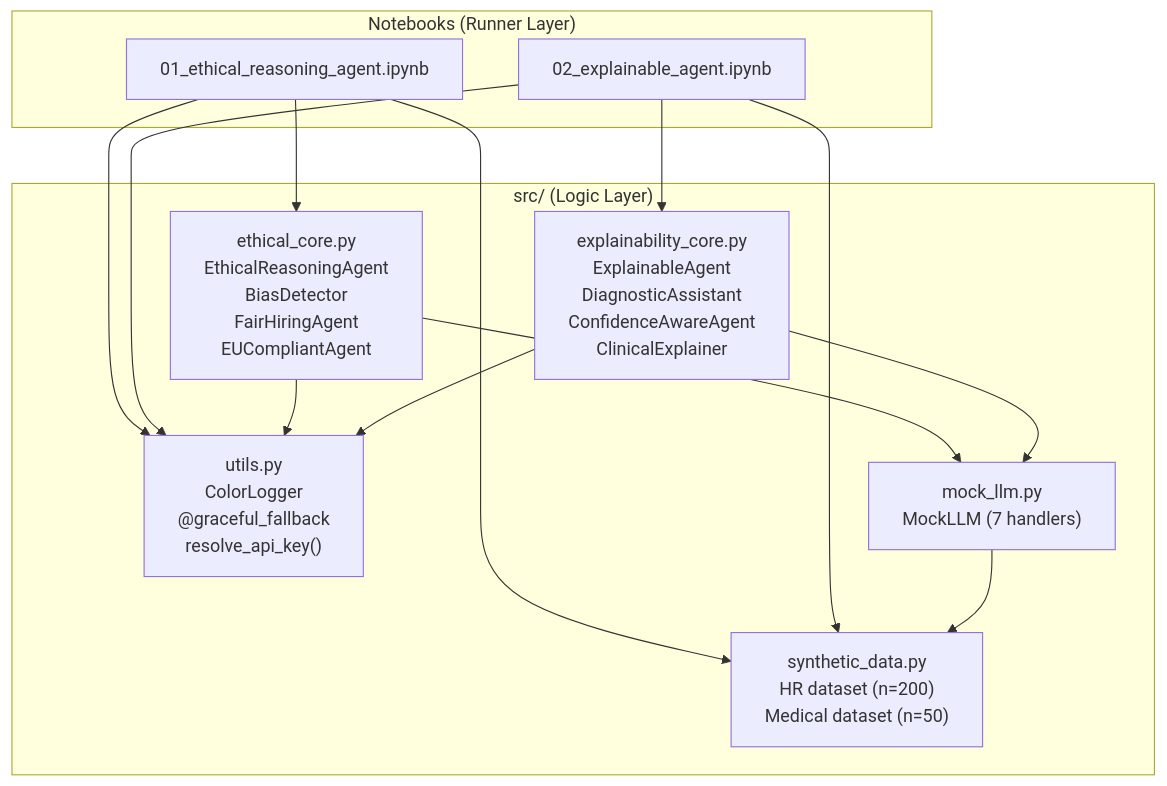
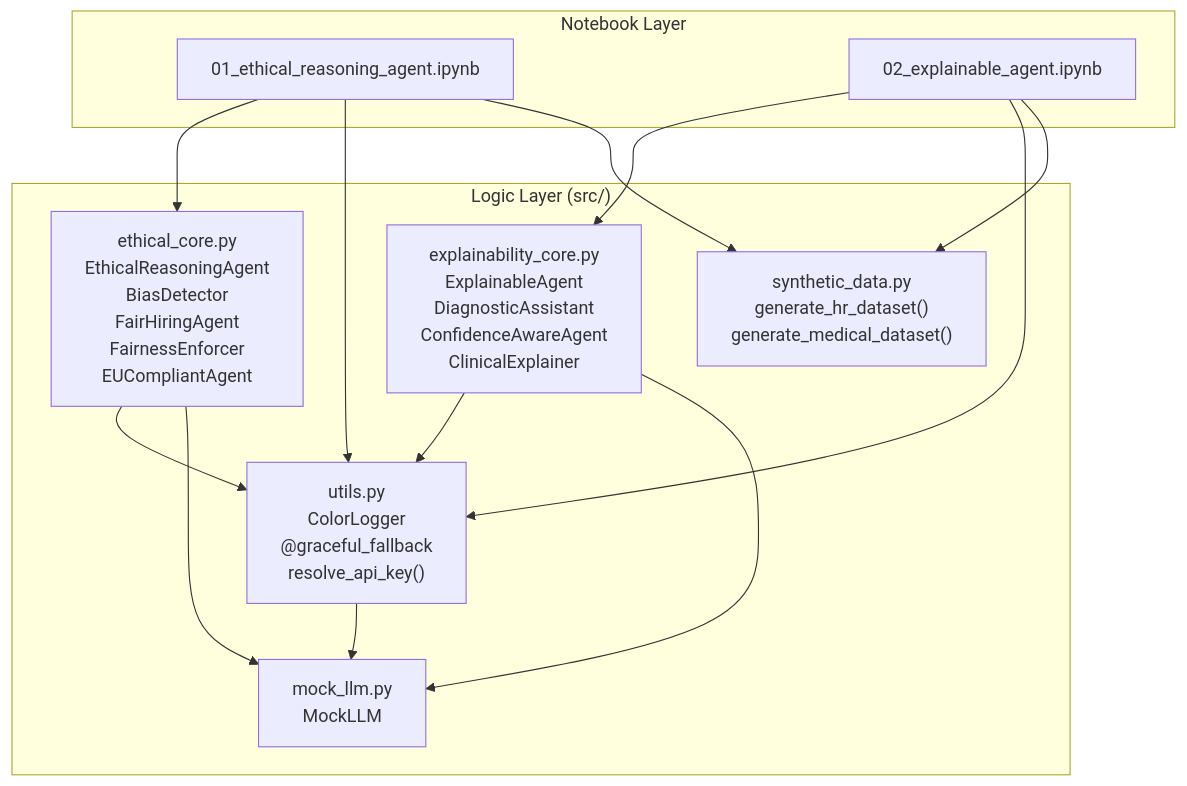
The diagram in Chapter12/README.md (PacktPublishing/30-Agents-Every-AI-Engineer-Must-Build), drawn with Mermaid before and after one commit. The commit also changed other lines of this file and 57 other files, not shown here.

````diff
--- a/Chapter12/README.md
+++ b/Chapter12/README.md
@@ -88,27 +22,27 @@
 ```mermaid
 graph TD
-    subgraph "Notebooks (Runner Layer)"
+    subgraph "Notebook Layer"
         NB1["01_ethical_reasoning_agent.ipynb"]
         NB2["02_explainable_agent.ipynb"]
     end
 
-    subgraph "src/ (Logic Layer)"
-        EC["ethical_core.py<br/>EthicalReasoningAgent<br/>BiasDetector<br/>FairHiringAgent<br/>EUCompliantAgent"]
+    subgraph "Logic Layer (src/)"
+        EC["ethical_core.py<br/>EthicalReasoningAgent<br/>BiasDetector<br/>FairHiringAgent<br/>FairnessEnforcer<br/>EUCompliantAgent"]
         XC["explainability_core.py<br/>ExplainableAgent<br/>DiagnosticAssistant<br/>ConfidenceAwareAgent<br/>ClinicalExplainer"]
         UT["utils.py<br/>ColorLogger<br/>@graceful_fallback<br/>resolve_api_key()"]
-        ML["mock_llm.py<br/>MockLLM (7 handlers)"]
-        SD["synthetic_data.py<br/>HR dataset (n=200)<br/>Medical dataset (n=50)"]
+        ML["mock_llm.py<br/>MockLLM"]
+        SD["synthetic_data.py<br/>generate_hr_dataset()<br/>generate_medical_dataset()"]
     end
 
     NB1 --> EC
     NB1 --> UT
     NB1 --> SD
     NB2 --> XC
     NB2 --> UT
     NB2 --> SD
     EC --> UT
     EC --> ML
     XC --> UT
     XC --> ML
-    ML --> SD
+    UT --> ML
 ```
````
